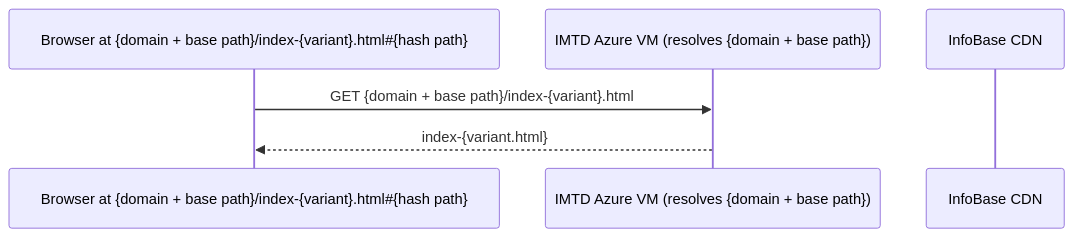
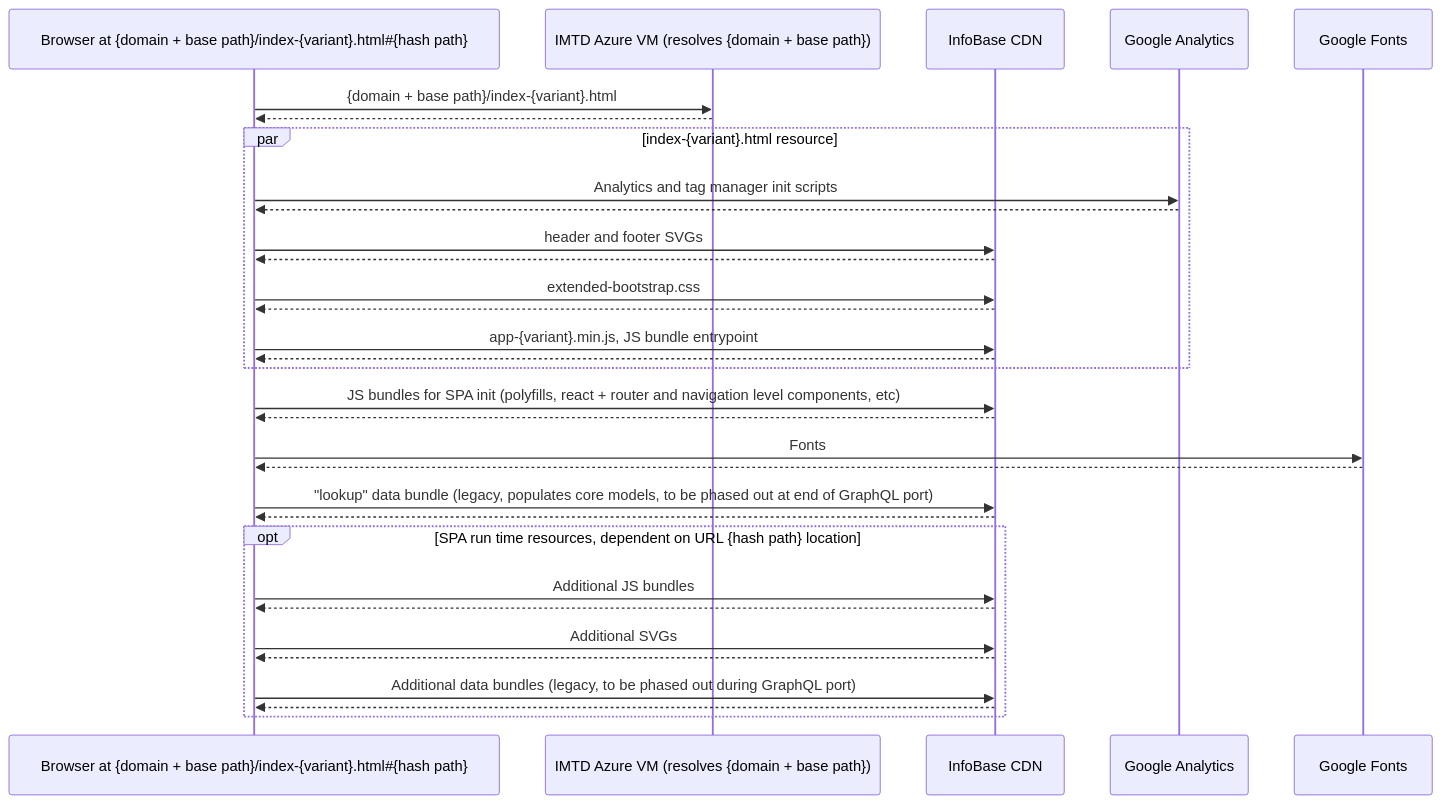
One commit to TBS-EACPD/infobase changed the third of 4 diagrams in docs/infrastructure.md. Above: the diagram before and after it, drawn with Mermaid. The commit also changed other lines of this file, not shown here.

Commit message:
Fill in the rest of the initial loading sketch documentation

````diff
--- a/docs/infrastructure.md
+++ b/docs/infrastructure.md
@@ -100,10 +100,45 @@
 ```mermaid
 sequenceDiagram
   participant browser as Browser at {domain + base path}/index-{variant}.html#35;{hash path}
   participant azure as IMTD Azure VM (resolves {domain + base path})
   participant cdn as InfoBase CDN
+  participant ga as Google Analytics
+  participant gf as Google Fonts
 
-  browser->>azure: GET {domain + base path}/index-{variant}.html
-  azure-->>browser: index-{variant.html}
+  browser->>azure: {domain + base path}/index-{variant}.html
+  azure-->>browser:
 
+  par index-{variant}.html resource
+    browser->>ga: Analytics and tag manager init scripts
+    ga-->>browser:
+
+    browser->>cdn: header and footer SVGs
+    cdn-->>browser:
+
+    browser->>cdn: extended-bootstrap.css
+    cdn-->>browser:
+
+    browser->>cdn: app-{variant}.min.js, JS bundle entrypoint
+    cdn-->>browser:
+  end
+
+  browser->>cdn: JS bundles for SPA init (polyfills, react + router and navigation level components, etc)
+  cdn-->>browser:
+
+  browser->>gf: Fonts
+  gf-->>browser:
+
+  browser->>cdn: "lookup" data bundle (legacy, populates core models, to be phased out at end of GraphQL port)
+  cdn-->>browser:
+
+  opt SPA run time resources, dependent on URL {hash path} location
+    browser->>cdn: Additional JS bundles
+    cdn-->>browser:
+
+    browser->>cdn: Additional SVGs
+    cdn-->>browser:
+
+    browser->>cdn: Additional data bundles (legacy, to be phased out during GraphQL port)
+    cdn-->>browser:
+  end
 ```
````
